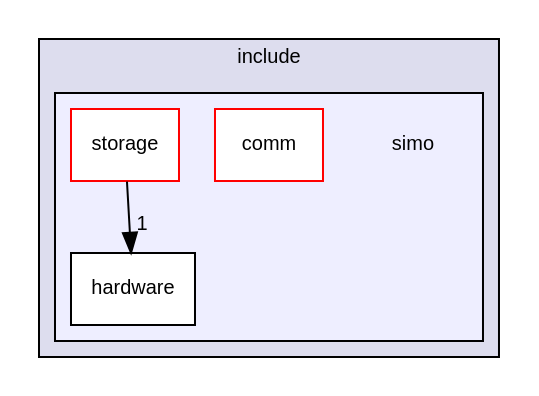
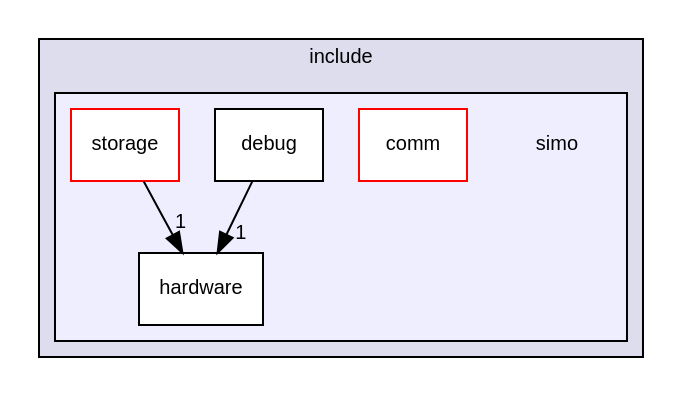
Before and after one commit to Germanvelardez2018/simo.v2: the diagram in docs/dir_eb293059644a82a490cf75e36ed4597e_dep.dot, drawn with Graphviz. The commit also changed 149 other files, not shown here.

```diff
--- a/docs/dir_eb293059644a82a490cf75e36ed4597e_dep.dot
+++ b/docs/dir_eb293059644a82a490cf75e36ed4597e_dep.dot
@@ -1,16 +1,18 @@
 digraph "core/include/simo" {
   compound=true
   node [ fontsize="10", fontname="Helvetica"];
   edge [ labelfontsize="10", labelfontname="Helvetica"];
   subgraph clusterdir_24d671cfcbc5d5238a6bd565a49d198f {
     graph [ bgcolor="#ddddee", pencolor="black", label="include" fontname="Helvetica", fontsize="10", URL="dir_24d671cfcbc5d5238a6bd565a49d198f.html"]
   subgraph clusterdir_eb293059644a82a490cf75e36ed4597e {
     graph [ bgcolor="#eeeeff", pencolor="black", label="" URL="dir_eb293059644a82a490cf75e36ed4597e.html"];
     dir_eb293059644a82a490cf75e36ed4597e [shape=plaintext label="simo"];
     dir_7be650b33193ecdab0ba581ffef38697 [shape=box label="comm" color="red" fillcolor="white" style="filled" URL="dir_7be650b33193ecdab0ba581ffef38697.html"];
+    dir_6404d5ea7d2e0ae79dad13dbede13ef7 [shape=box label="debug" color="black" fillcolor="white" style="filled" URL="dir_6404d5ea7d2e0ae79dad13dbede13ef7.html"];
     dir_2fbf62330853db8854ddd88dde5ea014 [shape=box label="hardware" color="black" fillcolor="white" style="filled" URL="dir_2fbf62330853db8854ddd88dde5ea014.html"];
     dir_2c203a4cf206be49b0d957ecead522f3 [shape=box label="storage" color="red" fillcolor="white" style="filled" URL="dir_2c203a4cf206be49b0d957ecead522f3.html"];
   }
   }
-  dir_2c203a4cf206be49b0d957ecead522f3->dir_2fbf62330853db8854ddd88dde5ea014 [headlabel="1", labeldistance=1.5 headhref="dir_000006_000005.html"];
+  dir_2c203a4cf206be49b0d957ecead522f3->dir_2fbf62330853db8854ddd88dde5ea014 [headlabel="1", labeldistance=1.5 headhref="dir_000007_000006.html"];
+  dir_6404d5ea7d2e0ae79dad13dbede13ef7->dir_2fbf62330853db8854ddd88dde5ea014 [headlabel="1", labeldistance=1.5 headhref="dir_000005_000006.html"];
 }
```
